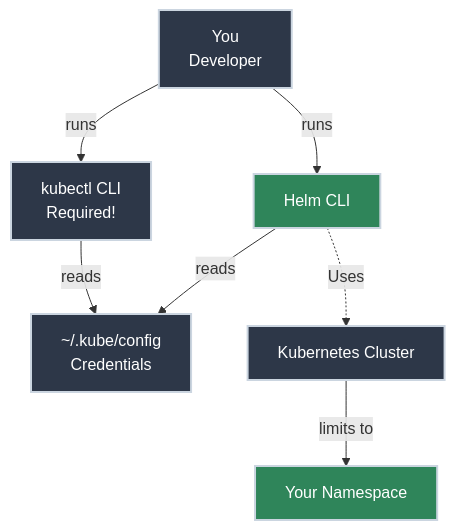
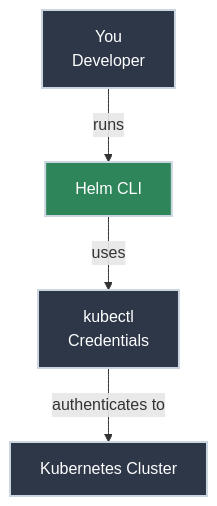
One commit to bradpenney/exploring_kubernetes changed the diagram in docs/day_one/helm/access.md. Above: the diagram before and after it, drawn with Mermaid. The commit also changed other lines of this file and 10 other files, not shown here.

````diff
--- a/docs/day_one/helm/access.md
+++ b/docs/day_one/helm/access.md
@@ -39,23 +39,16 @@
 ```mermaid
 graph TD
     You[You<br/>Developer]
     Helm[Helm CLI]
-    kubectl[kubectl CLI<br/>Required!]
-    kubeconfig[~/.kube/config<br/>Credentials]
+    kubectl[kubectl<br/>Credentials]
     cluster[Kubernetes Cluster]
-    namespace[Your Namespace]
 
     You -->|runs| Helm
-    You -->|runs| kubectl
-    Helm -->|reads| kubeconfig
-    kubectl -->|reads| kubeconfig
-    Helm -.->|Uses| cluster
-    cluster -->|limits to| namespace
+    Helm -->|uses| kubectl
+    kubectl -->|authenticates to| cluster
 
     style You fill:#2d3748,stroke:#cbd5e0,stroke-width:2px,color:#fff
     style Helm fill:#2f855a,stroke:#cbd5e0,stroke-width:2px,color:#fff
     style kubectl fill:#2d3748,stroke:#cbd5e0,stroke-width:2px,color:#fff
-    style kubeconfig fill:#2d3748,stroke:#cbd5e0,stroke-width:2px,color:#fff
     style cluster fill:#2d3748,stroke:#cbd5e0,stroke-width:2px,color:#fff
-    style namespace fill:#2f855a,stroke:#cbd5e0,stroke-width:2px,color:#fff
 ```
````
